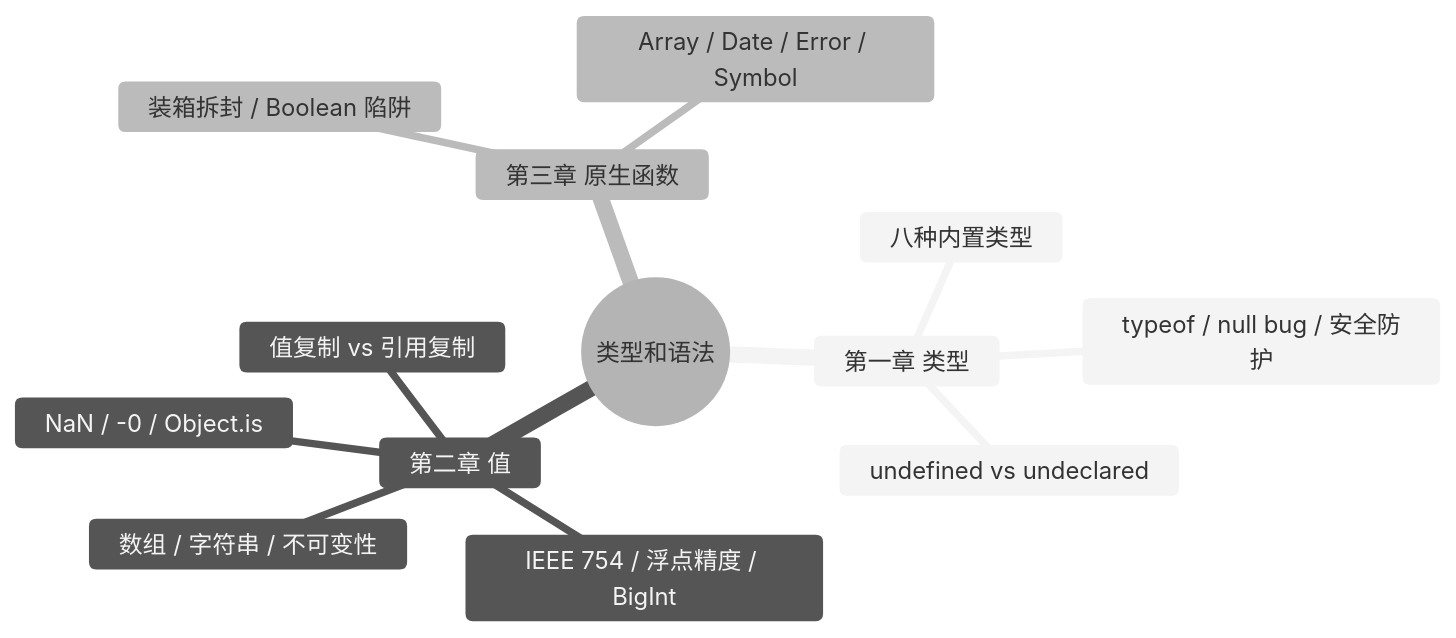
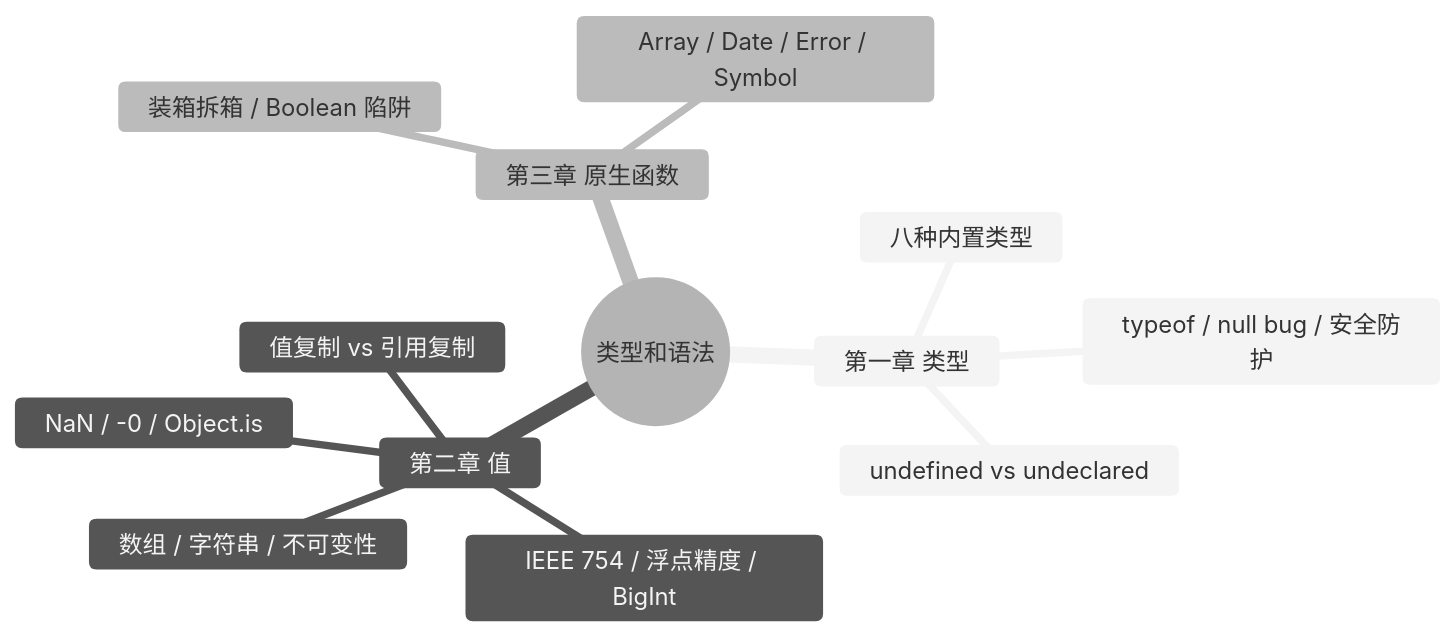
The sixth of 6 diagrams in slides.md (wuxudongxd/slidev-ydkjs-types), drawn with Mermaid (neutral theme) before and after one commit. The commit also changed other lines of this file, not shown here.

````diff
--- a/slides.md
+++ b/slides.md
@@ -1110,16 +1154,16 @@
 ```mermaid
 mindmap
   root((类型和语法))
     第一章 类型
       八种内置类型
       typeof / null bug / 安全防护
       undefined vs undeclared
     第二章 值
       数组 / 字符串 / 不可变性
       IEEE 754 / 浮点精度 / BigInt
       NaN / -0 / Object.is
       值复制 vs 引用复制
     第三章 原生函数
-      装箱拆封 / Boolean 陷阱
+      装箱拆箱 / Boolean 陷阱
       Array / Date / Error / Symbol
 ```
````
